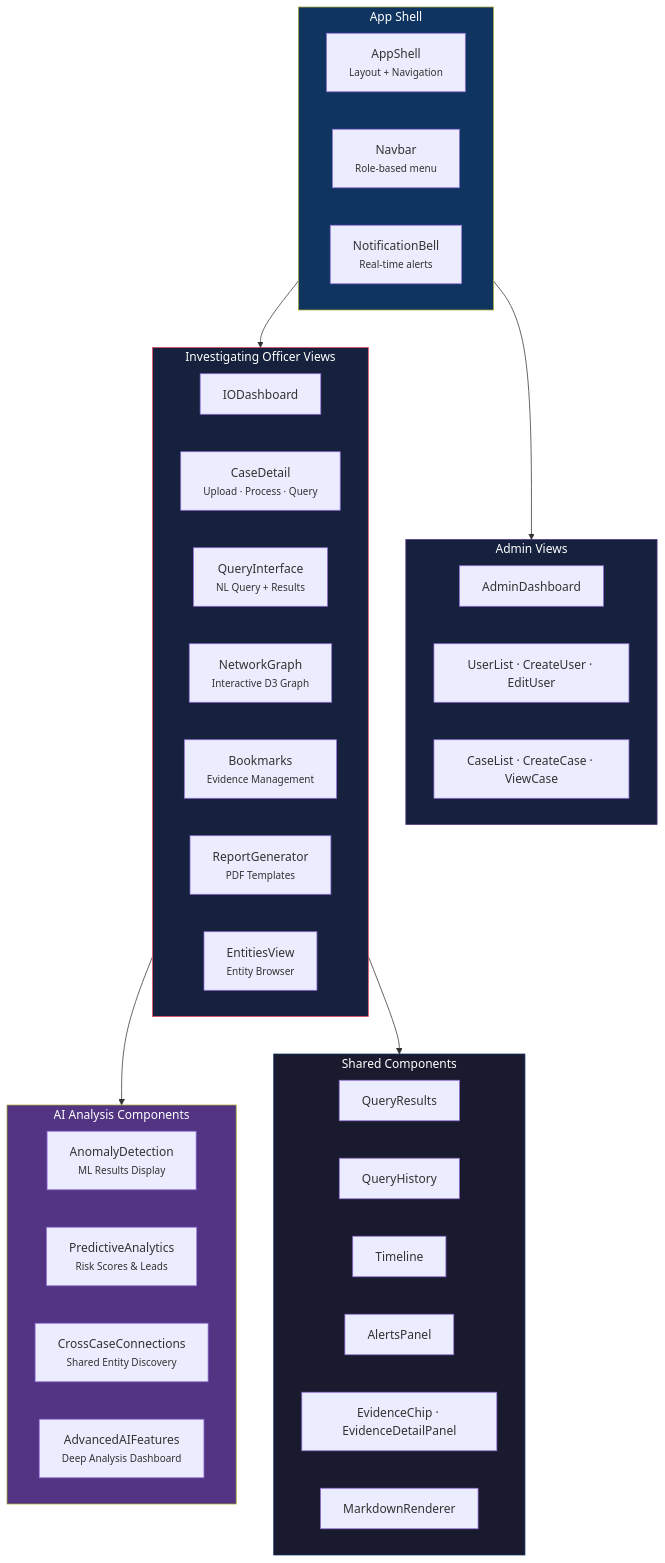
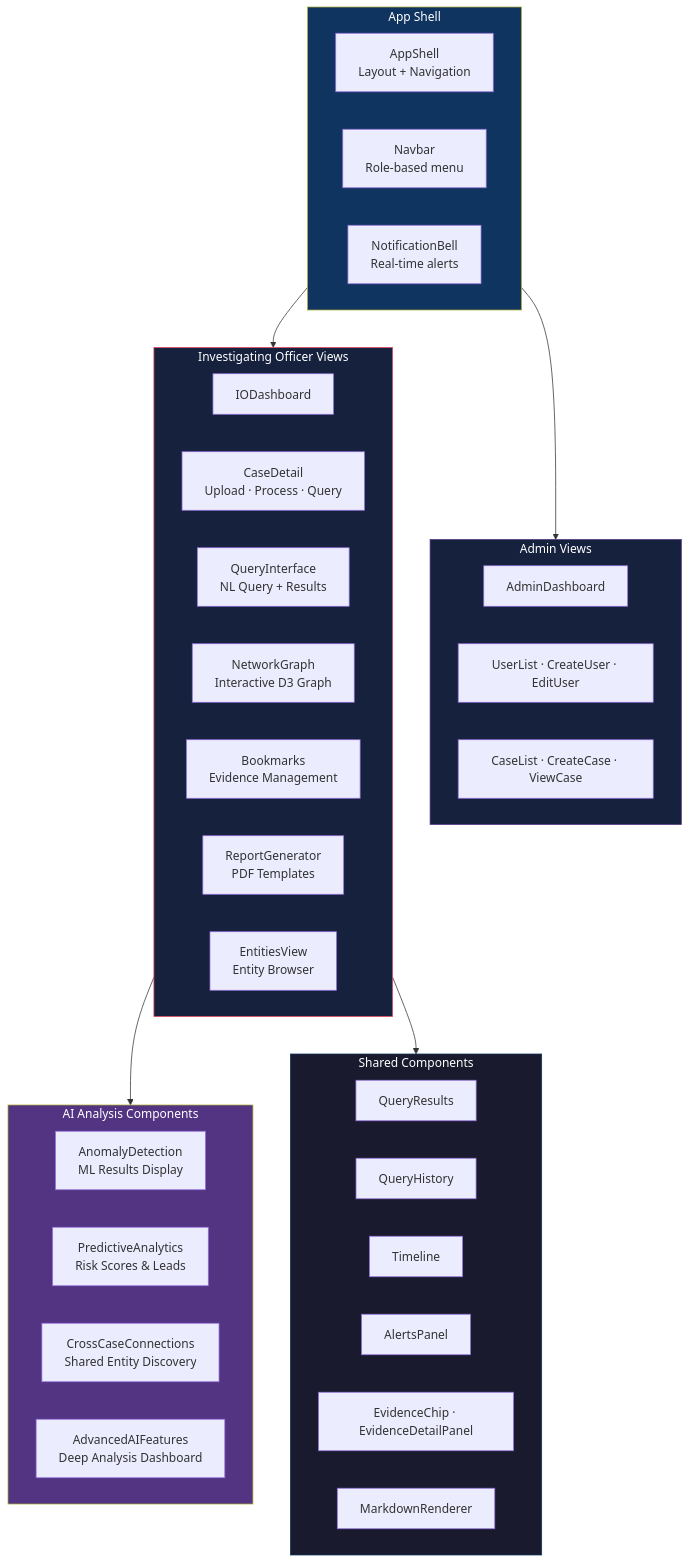
One commit to beingbrijesh/CopSight changed the sixth of 7 diagrams in ARCHITECTURE-DIAGRAM.md. Above: the diagram before and after it, drawn with Mermaid. The commit also changed other lines of this file and 4 other files, not shown here.

Commit message:
docs: Fix Mermaid diagram text cropping and add professional Contributors section

````diff
--- a/ARCHITECTURE-DIAGRAM.md
+++ b/ARCHITECTURE-DIAGRAM.md
@@ -282,50 +282,50 @@
 ```mermaid
 graph TD
     subgraph Shell["App Shell"]
-        AppShell["AppShell<br/><small>Layout + Navigation</small>"]
-        Navbar["Navbar<br/><small>Role-based menu</small>"]
-        Notifications["NotificationBell<br/><small>Real-time alerts</small>"]
+        AppShell["AppShell<br/>Layout + Navigation"]
+        Navbar["Navbar<br/>Role-based menu"]
+        Notifications["NotificationBell<br/>Real-time alerts"]
     end
 
     subgraph AdminPages["Admin Views"]
         AdminDash["AdminDashboard"]
         UserList["UserList · CreateUser · EditUser"]
         CaseList["CaseList · CreateCase · ViewCase"]
     end
 
     subgraph IOPages["Investigating Officer Views"]
         IODash["IODashboard"]
-        CaseDetail["CaseDetail<br/><small>Upload · Process · Query</small>"]
-        QueryUI["QueryInterface<br/><small>NL Query + Results</small>"]
-        NetworkViz["NetworkGraph<br/><small>Interactive D3 Graph</small>"]
-        Bookmarks["Bookmarks<br/><small>Evidence Management</small>"]
-        Reports["ReportGenerator<br/><small>PDF Templates</small>"]
-        Entities["EntitiesView<br/><small>Entity Browser</small>"]
+        CaseDetail["CaseDetail<br/>Upload · Process · Query"]
+        QueryUI["QueryInterface<br/>NL Query + Results"]
+        NetworkViz["NetworkGraph<br/>Interactive D3 Graph"]
+        Bookmarks["Bookmarks<br/>Evidence Management"]
+        Reports["ReportGenerator<br/>PDF Templates"]
+        Entities["EntitiesView<br/>Entity Browser"]
     end
 
     subgraph AIComponents["AI Analysis Components"]
-        AnomalyUI["AnomalyDetection<br/><small>ML Results Display</small>"]
-        PredictiveUI["PredictiveAnalytics<br/><small>Risk Scores & Leads</small>"]
-        CrossCase["CrossCaseConnections<br/><small>Shared Entity Discovery</small>"]
-        AdvancedAI["AdvancedAIFeatures<br/><small>Deep Analysis Dashboard</small>"]
+        AnomalyUI["AnomalyDetection<br/>ML Results Display"]
+        PredictiveUI["PredictiveAnalytics<br/>Risk Scores & Leads"]
+        CrossCase["CrossCaseConnections<br/>Shared Entity Discovery"]
+        AdvancedAI["AdvancedAIFeatures<br/>Deep Analysis Dashboard"]
     end
 
     subgraph SharedComponents["Shared Components"]
         QueryResults["QueryResults"]
         QueryHistory["QueryHistory"]
         Timeline["Timeline"]
         AlertsPanel["AlertsPanel"]
         EvidenceChip["EvidenceChip · EvidenceDetailPanel"]
         Markdown["MarkdownRenderer"]
     end
 
     Shell --> AdminPages & IOPages
     IOPages --> AIComponents
     IOPages --> SharedComponents
 
     style Shell fill:#0f3460,color:#fff
     style AdminPages fill:#16213e,stroke:#533483,color:#fff
     style IOPages fill:#16213e,stroke:#e94560,color:#fff
     style AIComponents fill:#533483,color:#fff
     style SharedComponents fill:#1a1a2e,stroke:#0f3460,color:#fff
 ```
````
